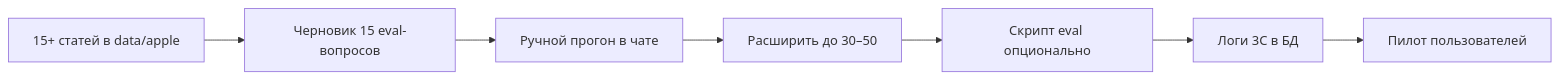
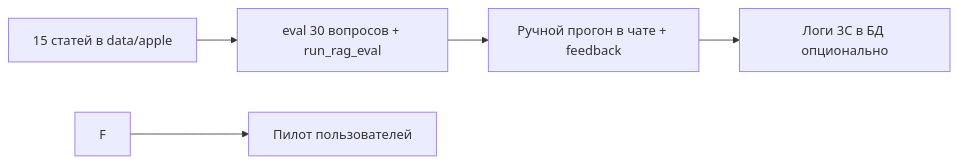
The diagram in docs/knowledge-base/quality-eval-and-rag-logs.md (kantik001/grounded_horticulture_en), drawn with Mermaid before and after one commit. The commit also changed other lines of this file and 9 other files, not shown here.

````diff
--- a/docs/knowledge-base/quality-eval-and-rag-logs.md
+++ b/docs/knowledge-base/quality-eval-and-rag-logs.md
@@ -128,9 +132,7 @@
 ```mermaid
 flowchart LR
-    A[15+ статей в data/apple] --> B[Черновик 15 eval-вопросов]
-    B --> C[Ручной прогон в чате]
-    C --> D[Расширить до 30–50]
-    D --> E[Скрипт eval опционально]
-    E --> F[Логи 3C в БД]
+    A[15 статей в data/apple] --> B[eval 30 вопросов + run_rag_eval]
+    B --> C[Ручной прогон в чате + feedback]
+    C --> D[Логи 3C в БД опционально]
     F --> G[Пилот пользователей]
 ```
````
